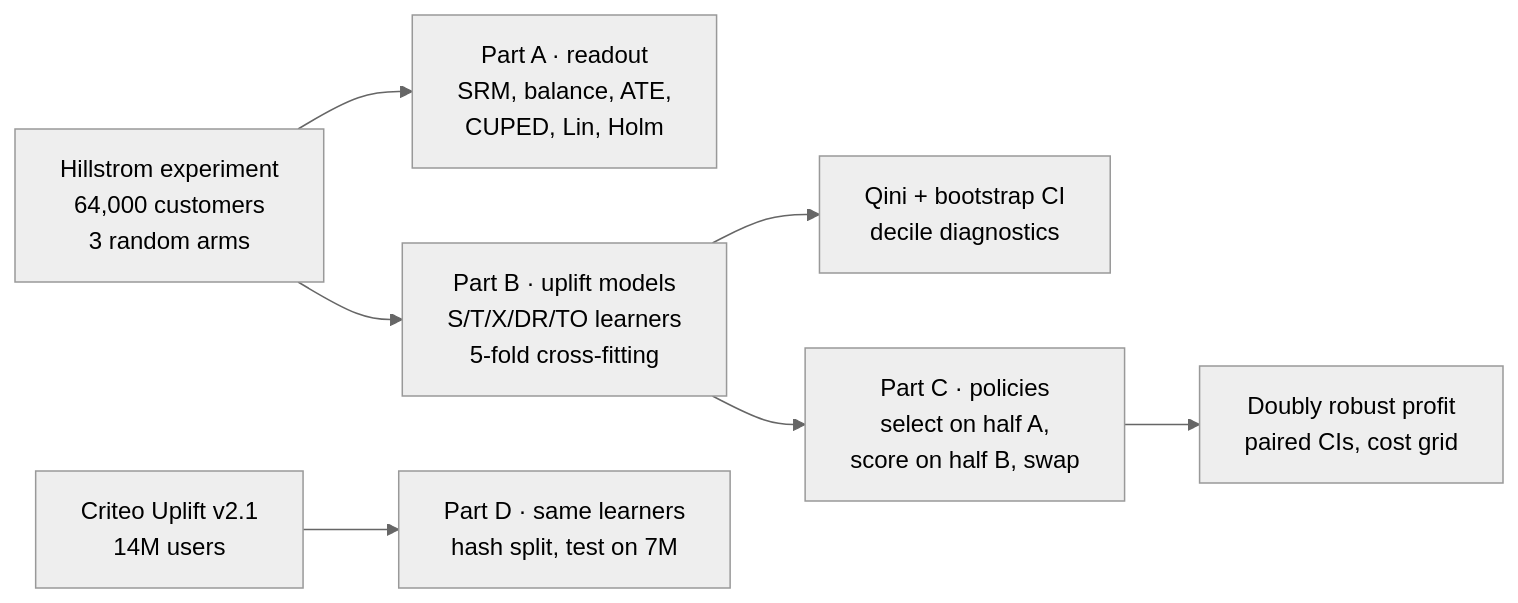
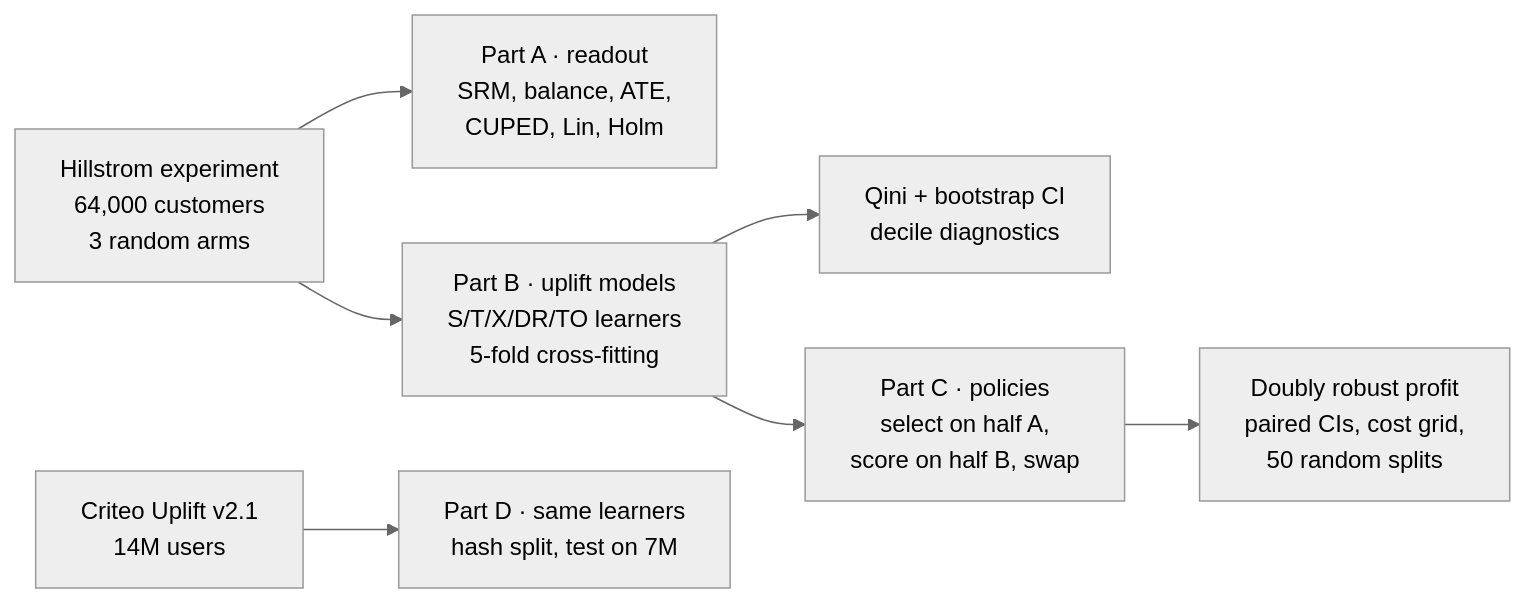
Before and after one commit to Pchambet/uplift-targeting: the diagram in README.md, drawn with Mermaid (neutral theme). The commit also changed other lines of this file and 25 other files, not shown here.

````diff
--- a/README.md
+++ b/README.md
@@ -26,9 +26,9 @@
 ```mermaid
 flowchart LR
     A[Hillstrom experiment<br/>64,000 customers<br/>3 random arms] --> B[Part A · readout<br/>SRM, balance, ATE,<br/>CUPED, Lin, Holm]
     A --> C[Part B · uplift models<br/>S/T/X/DR/TO learners<br/>5-fold cross-fitting]
     C --> D[Qini + bootstrap CI<br/>decile diagnostics]
     C --> E[Part C · policies<br/>select on half A,<br/>score on half B, swap]
-    E --> F[Doubly robust profit<br/>paired CIs, cost grid]
+    E --> F[Doubly robust profit<br/>paired CIs, cost grid,<br/>50 random splits]
     G[Criteo Uplift v2.1<br/>14M users] --> H[Part D · same learners<br/>hash split, test on 7M]
 ```
````
